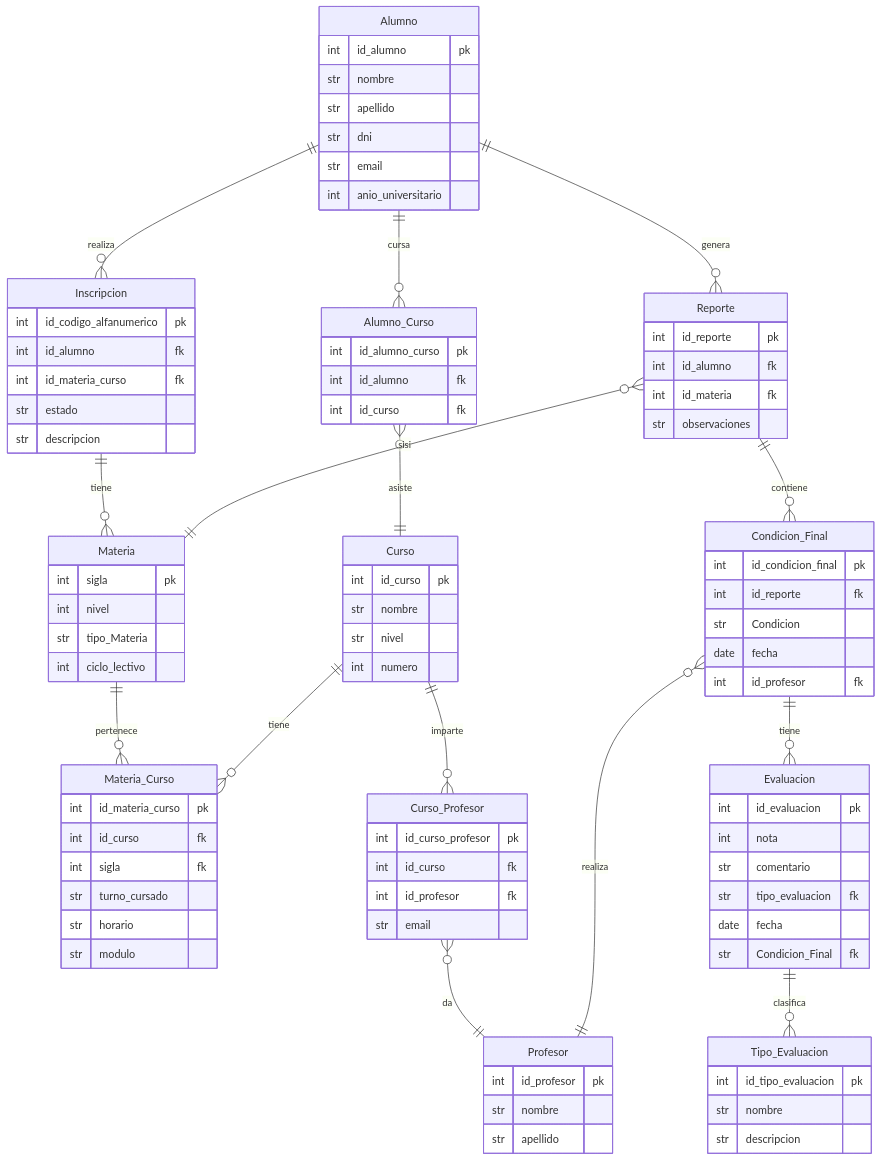
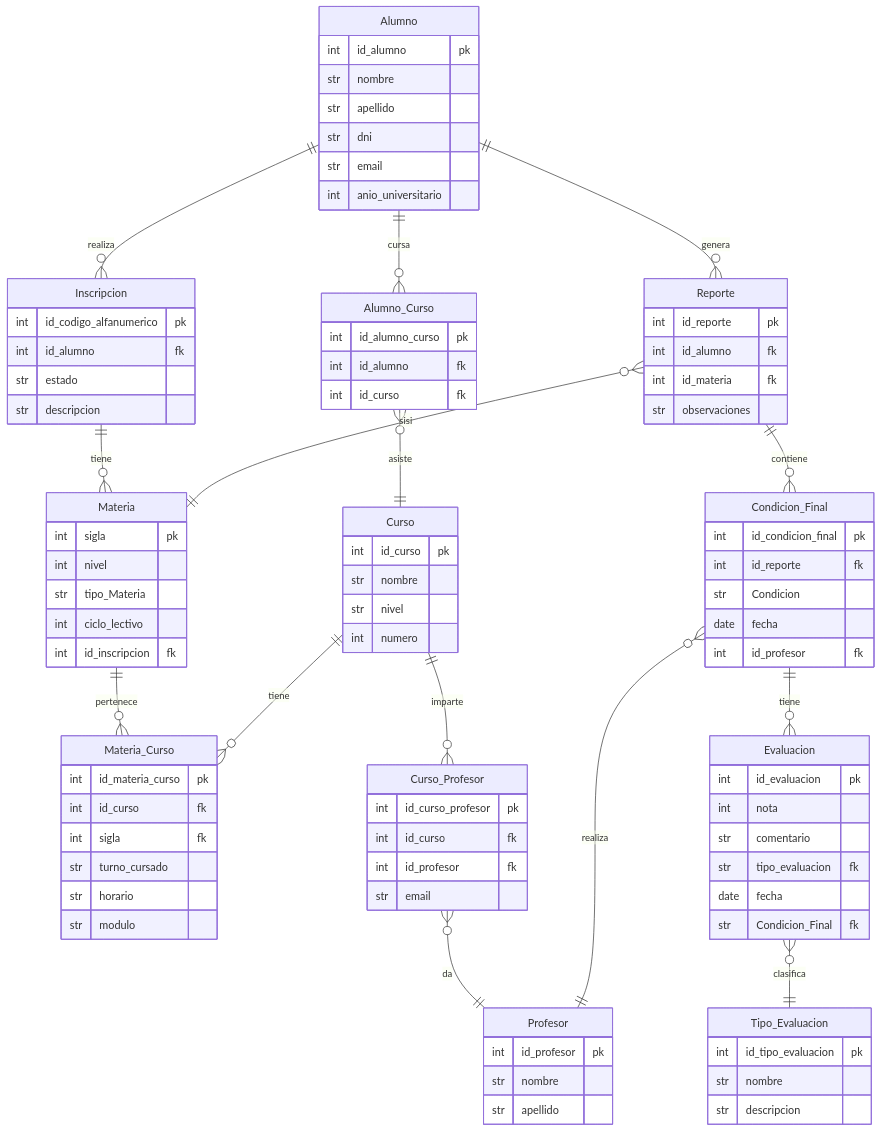
The diagram in docs/BD_real.mermaid (Villada-PG3/trabajo-practico-integrador-universidad-tecnologica-nacional), drawn with Mermaid before and after one commit. The commit also changed other lines of this file, not shown here.

Commit message:
correcciones_menores_BD

```diff
--- a/docs/BD_real.mermaid
+++ b/docs/BD_real.mermaid
@@ -1,94 +1,94 @@
 erDiagram
     Alumno{
         int id_alumno pk
         str nombre
         str apellido
         str dni
         str email
         int anio_universitario
     }
     Materia{
         int sigla pk
         int nivel
         str tipo_Materia
         int ciclo_lectivo
+        int id_inscripcion fk
 
     }
     Curso{
         int id_curso pk
         str nombre
         str nivel
         int numero
     }
     Materia_Curso{
         int id_materia_curso pk
         int id_curso fk
         int sigla fk
         str turno_cursado
         str horario
         str modulo
     }
     Inscripcion{
         int id_codigo_alfanumerico pk
         int id_alumno fk
-        int id_materia_curso fk
         str estado
         str descripcion
     }
     Alumno_Curso{
         int id_alumno_curso pk
         int id_alumno fk
         int id_curso fk
     }
     Evaluacion{
         int id_evaluacion pk
         int nota
         str comentario
         str tipo_evaluacion fk
         date fecha
         str Condicion_Final fk
     }
     Tipo_Evaluacion{
         int id_tipo_evaluacion pk
         str nombre
         str descripcion
     }
     Condicion_Final{
         int id_condicion_final pk
         int id_reporte fk
         str Condicion
         date fecha
         int id_profesor fk
     }
     Reporte{
         int id_reporte pk
         int id_alumno fk
         int id_materia fk
         str observaciones
     }
     Profesor{
         int id_profesor pk
         str nombre
         str apellido
     }
     Curso_Profesor{
         int id_curso_profesor pk
         int id_curso fk
         int id_profesor fk
         str email
     }
 
     Alumno ||--o{ Inscripcion : realiza
     Alumno ||--o{ Alumno_Curso : cursa
     Alumno ||--o{ Reporte : genera
     Inscripcion ||--o{ Materia : tiene
     Materia ||--o{ Materia_Curso : pertenece
     Curso ||--o{ Materia_Curso : tiene
     Curso ||--o{ Curso_Profesor : imparte
     Curso_Profesor }o--|| Profesor : da
     Alumno_Curso }o--|| Curso : asiste
     Reporte ||--o{ Condicion_Final : contiene
     Reporte }o--|| Materia : sisi
     Condicion_Final ||--o{ Evaluacion : tiene
-    Evaluacion ||--o{ Tipo_Evaluacion  : clasifica
+    Evaluacion }o--|| Tipo_Evaluacion  : clasifica
     Condicion_Final }o--|| Profesor : realiza
```
